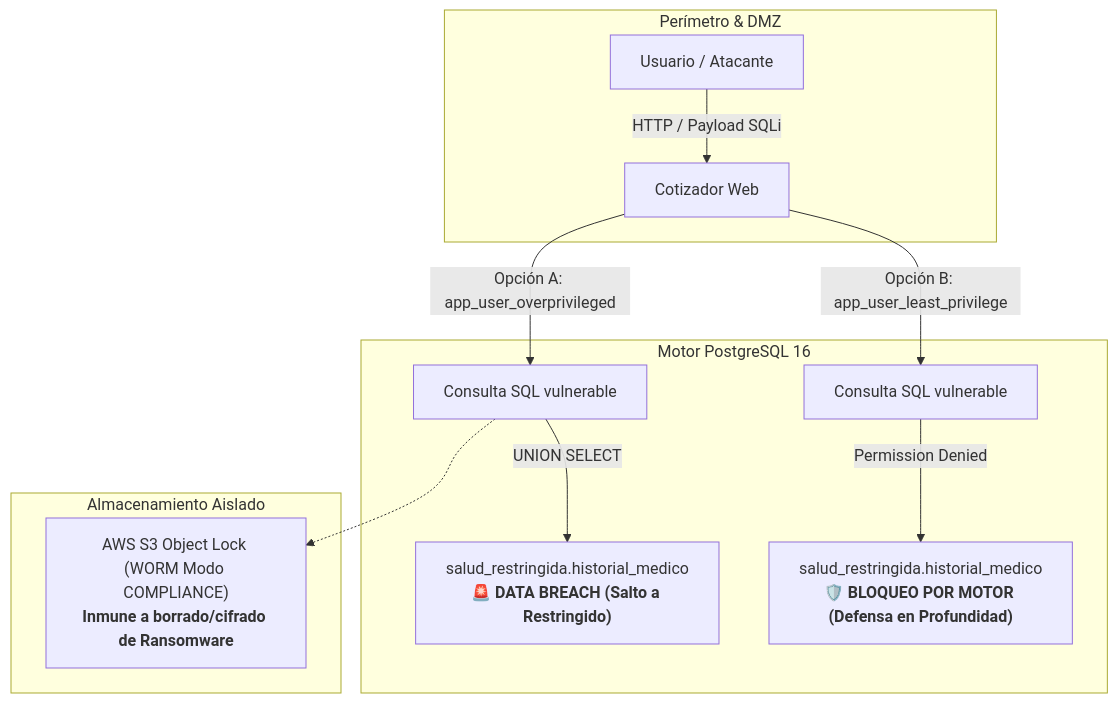
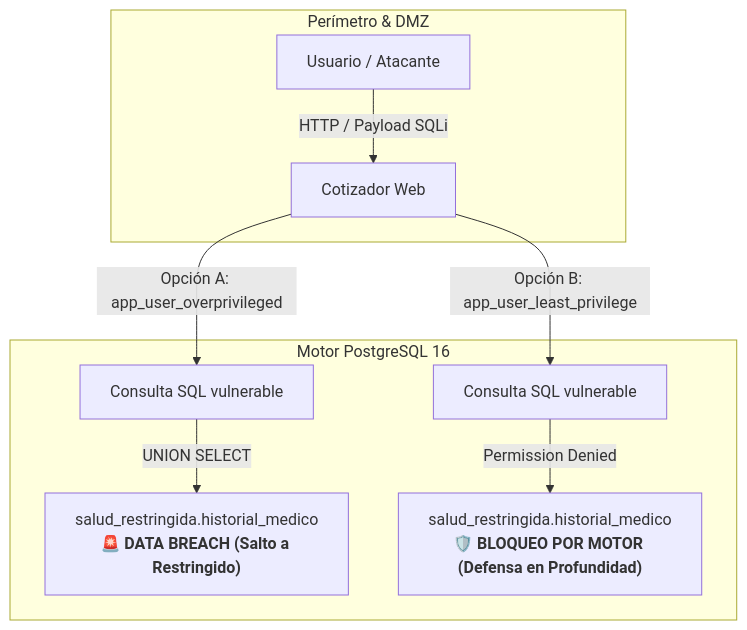
Before and after one commit to SantiagoDandrea/data-protection-compliance: the diagram in README.md, drawn with Mermaid. The commit also changed other lines of this file and 10 other files, not shown here.

Commit message:
refactor(docs): align roadmap controls, clean lab scope and streamline technical lessons

````diff
--- a/README.md
+++ b/README.md
@@ -31,18 +29,14 @@
 ```mermaid
 flowchart TD
     subgraph Entrada ["Perímetro & DMZ"]
         USR["Usuario / Atacante"] -->|HTTP / Payload SQLi| API["Cotizador Web"]
     end
 
     subgraph Base_Datos ["Motor PostgreSQL 16"]
         API -->|Opción A: app_user_overprivileged| DB_VULN["Consulta SQL vulnerable"]
         DB_VULN -->|UNION SELECT| HEALTH["salud_restringida.historial_medico<br/><b>🚨 DATA BREACH (Salto a Restringido)</b>"]
 
         API -->|Opción B: app_user_least_privilege| DB_SEC["Consulta SQL vulnerable"]
         DB_SEC -->|Permission Denied| HEALTH_BLOCKED["salud_restringida.historial_medico<br/><b>🛡️ BLOQUEO POR MOTOR (Defensa en Profundidad)</b>"]
     end
-
-    subgraph Respaldo ["Almacenamiento Aislado"]
-        DB_VULN -.-> S3["AWS S3 Object Lock (WORM Modo COMPLIANCE)<br/><b>Inmune a borrado/cifrado de Ransomware</b>"]
-    end
 ```
````
